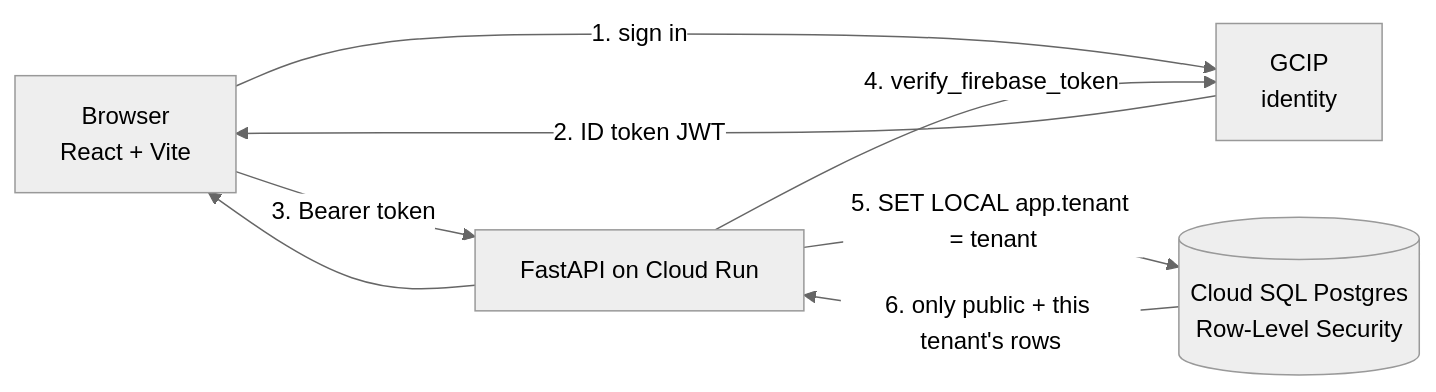
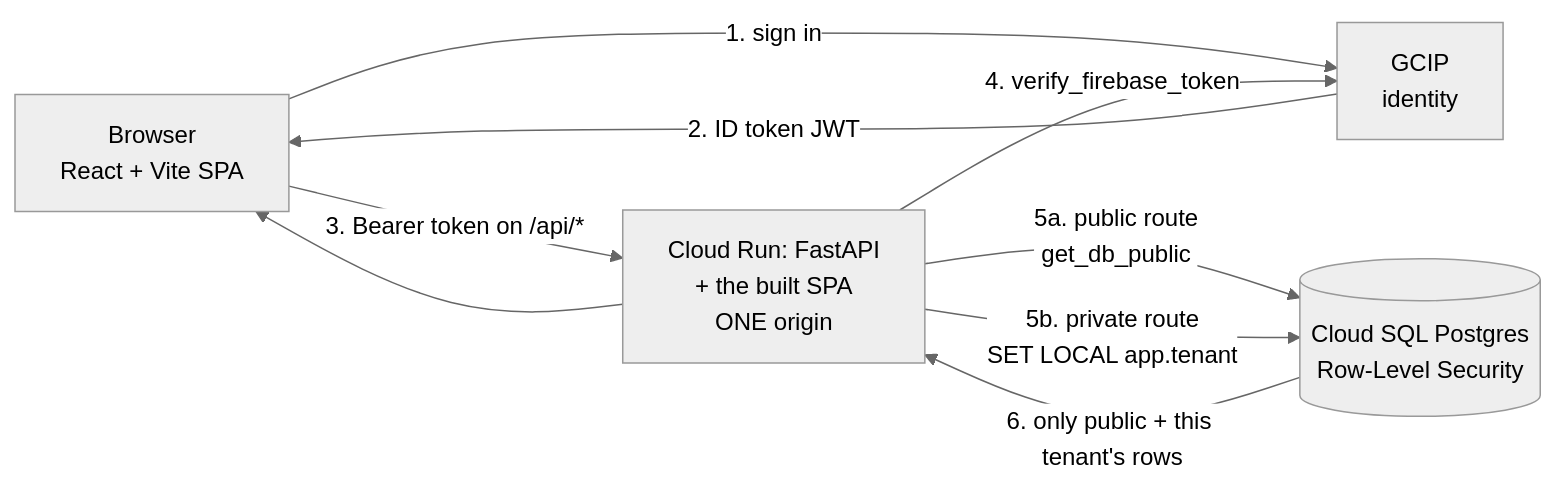
One commit to PrevaGroup/school-improvement changed the diagram in ARCHITECTURE.md. Above: the diagram before and after it, drawn with Mermaid (neutral theme). The commit also changed other lines of this file and 5 other files, not shown here.

````diff
--- a/ARCHITECTURE.md
+++ b/ARCHITECTURE.md
@@ -29,10 +60,11 @@
 ```mermaid
 flowchart LR
-    U[Browser<br/>React + Vite] -->|1. sign in| G[GCIP<br/>identity]
+    U[Browser<br/>React + Vite SPA] -->|1. sign in| G[GCIP<br/>identity]
     G -->|2. ID token JWT| U
-    U -->|3. Bearer token| API[FastAPI on Cloud Run]
+    U -->|3. Bearer token on /api/*| API[Cloud Run: FastAPI<br/>+ the built SPA<br/>ONE origin]
     API -->|4. verify_firebase_token| G
-    API -->|5. SET LOCAL app.tenant = tenant| DB[(Cloud SQL Postgres<br/>Row-Level Security)]
+    API -->|5a. public route<br/>get_db_public| DB
+    API -->|5b. private route<br/>SET LOCAL app.tenant| DB[(Cloud SQL Postgres<br/>Row-Level Security)]
     DB -->|6. only public + this tenant's rows| API
     API --> U
 ```
````
